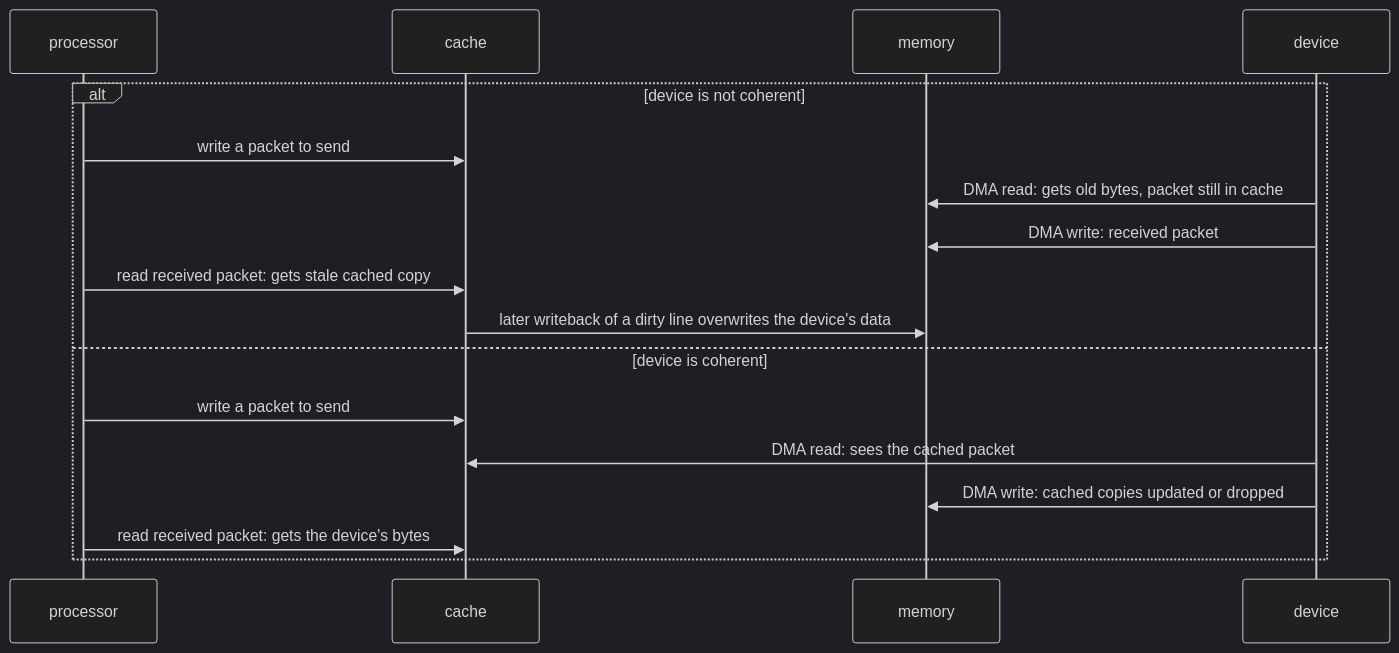
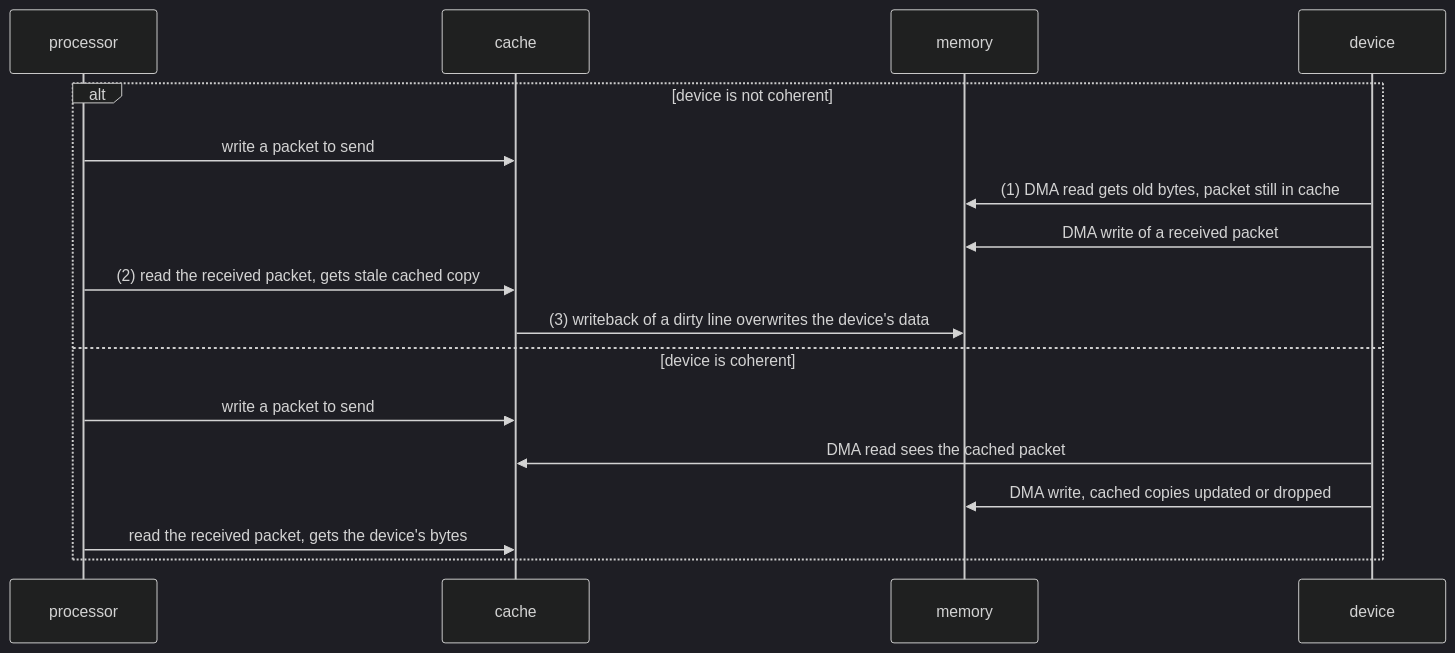
Before and after one commit to nshkrdotcom/erXos: the fourth of 4 diagrams in docs/book/01-operating-systems.md, drawn with Mermaid (dark theme). The commit also changed other lines of this file, not shown here.

````diff
--- a/docs/book/01-operating-systems.md
+++ b/docs/book/01-operating-systems.md
@@ -881,19 +822,19 @@
 ```mermaid
 sequenceDiagram
     participant C as processor
-    participant K as cache
+    participant CA as cache
     participant M as memory
     participant D as device
     alt device is not coherent
-        C->>K: write a packet to send
-        D->>M: DMA read: gets old bytes, packet still in cache
-        D->>M: DMA write: received packet
-        C->>K: read received packet: gets stale cached copy
-        K->>M: later writeback of a dirty line overwrites the device's data
+        C->>CA: write a packet to send
+        D->>M: (1) DMA read gets old bytes, packet still in cache
+        D->>M: DMA write of a received packet
+        C->>CA: (2) read the received packet, gets stale cached copy
+        CA->>M: (3) writeback of a dirty line overwrites the device's data
     else device is coherent
-        C->>K: write a packet to send
-        D->>K: DMA read: sees the cached packet
-        D->>M: DMA write: cached copies updated or dropped
-        C->>K: read received packet: gets the device's bytes
+        C->>CA: write a packet to send
+        D->>CA: DMA read sees the cached packet
+        D->>M: DMA write, cached copies updated or dropped
+        C->>CA: read the received packet, gets the device's bytes
     end
 ```
````
